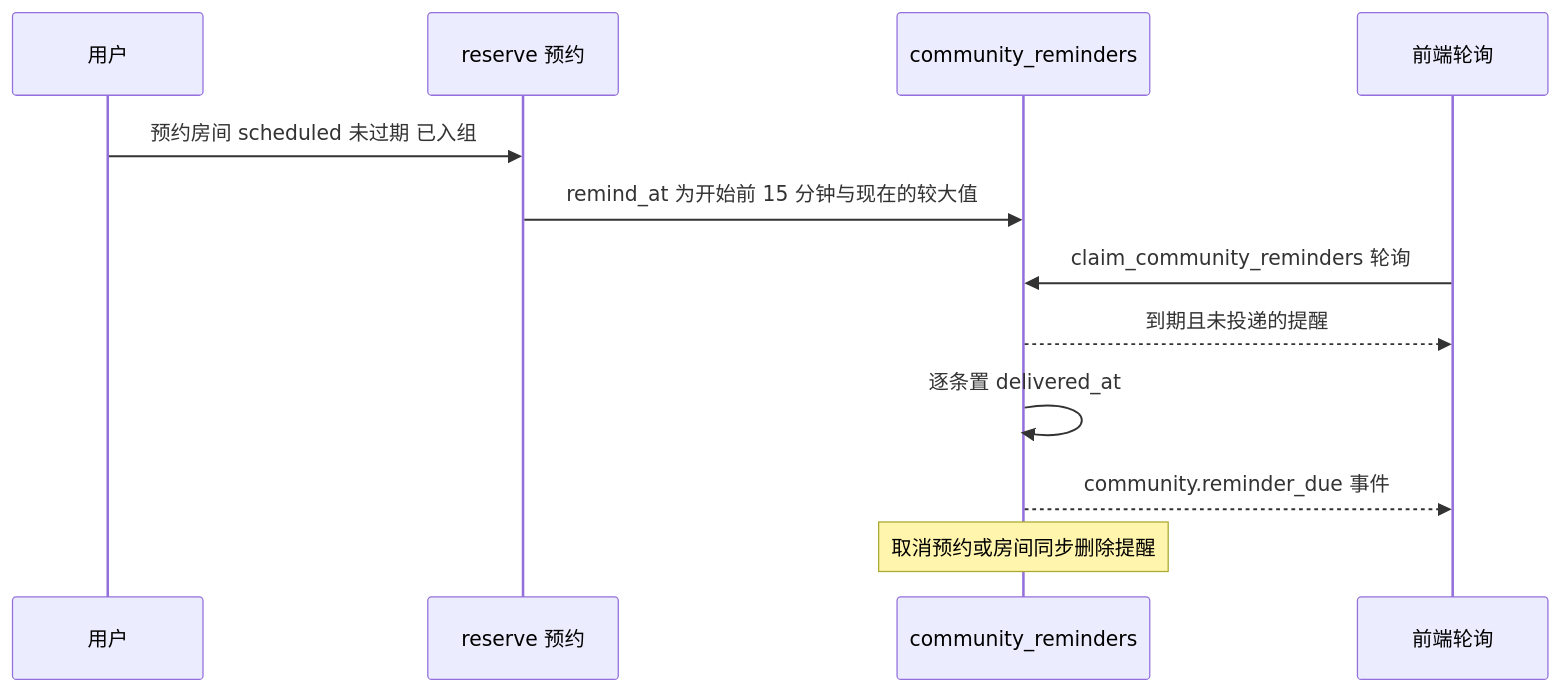
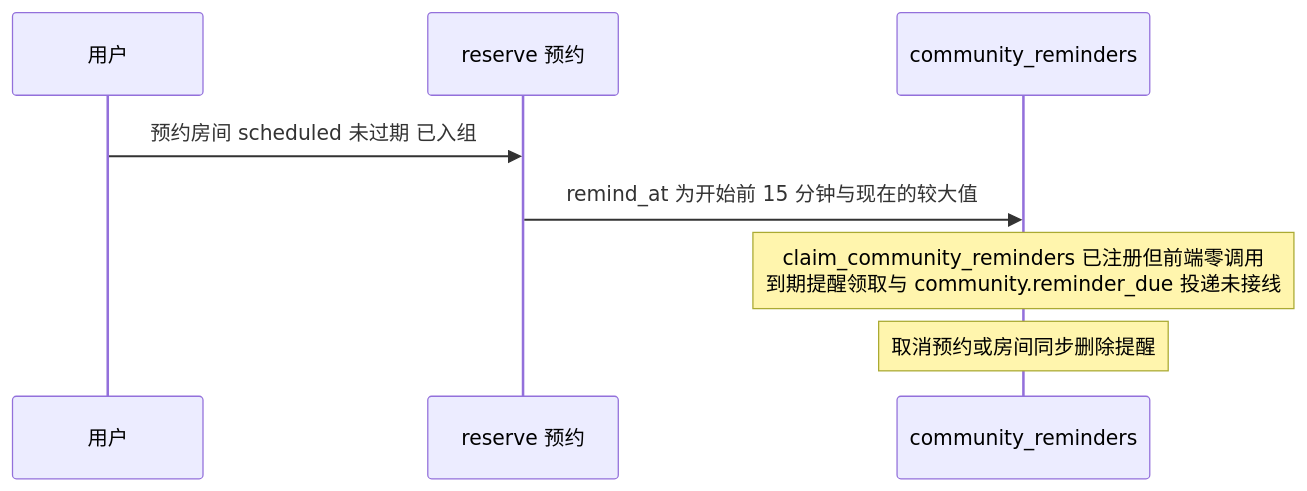
One commit to hershate/Deep-tutor changed the ninth of 11 diagrams in docs/architecture/03-workflow.md. Above: the diagram before and after it, drawn with Mermaid. The commit also changed other lines of this file and 26 other files, not shown here.

````diff
--- a/docs/architecture/03-workflow.md
+++ b/docs/architecture/03-workflow.md
@@ -183,14 +183,13 @@
 ```mermaid
 sequenceDiagram
     participant U as 用户
     participant R as reserve 预约
     participant RM as community_reminders
-    participant FE as 前端轮询
+    participant U as 用户
+    participant R as reserve 预约
+    participant RM as community_reminders
     U->>R: 预约房间 scheduled 未过期 已入组
     R->>RM: remind_at 为开始前 15 分钟与现在的较大值
-    FE->>RM: claim_community_reminders 轮询
-    RM-->>FE: 到期且未投递的提醒
-    RM->>RM: 逐条置 delivered_at
-    RM-->>FE: community.reminder_due 事件
+    Note over RM: claim_community_reminders 已注册但前端零调用<br/>到期提醒领取与 community.reminder_due 投递未接线
     Note over RM: 取消预约或房间同步删除提醒
 ```
````
